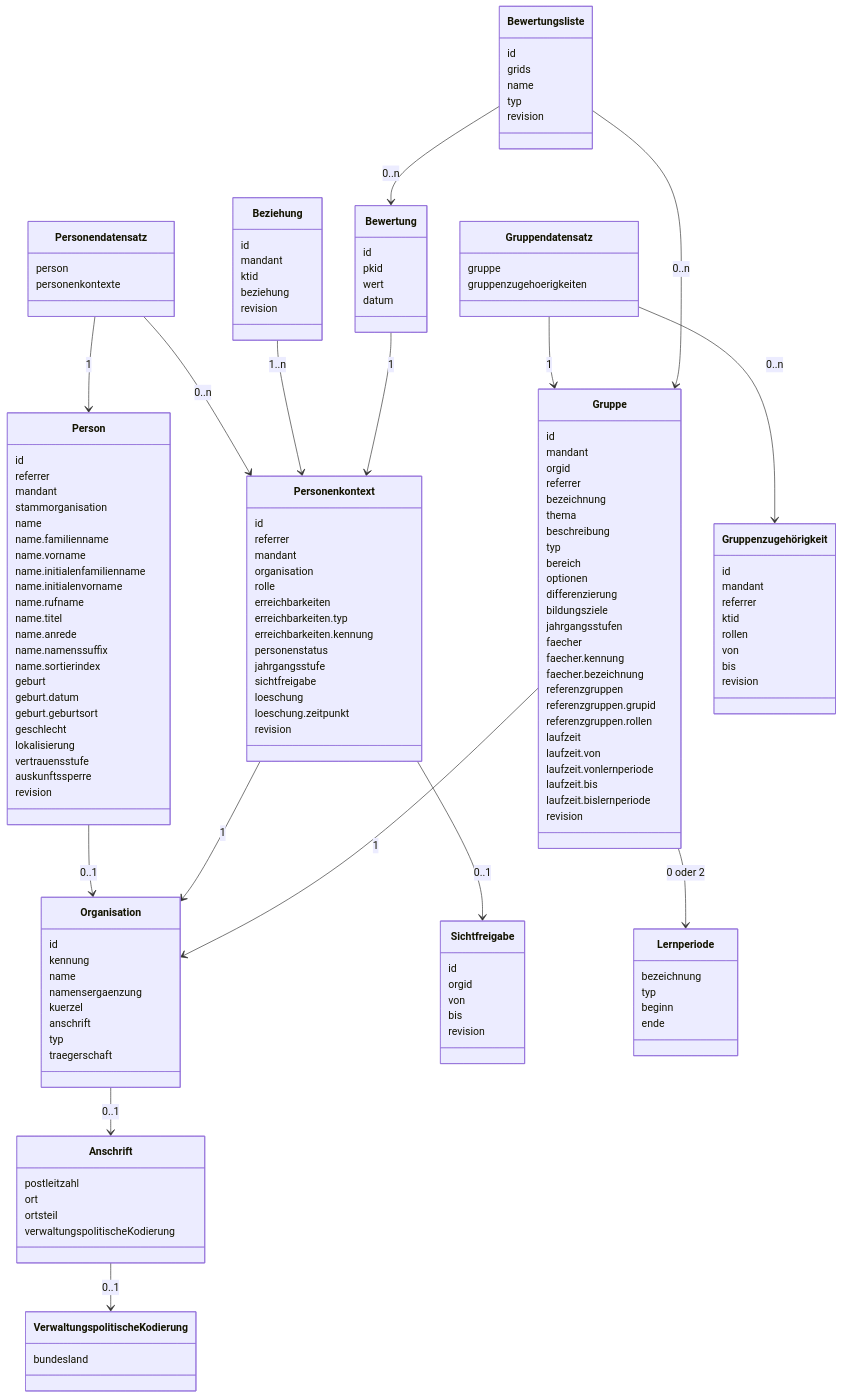
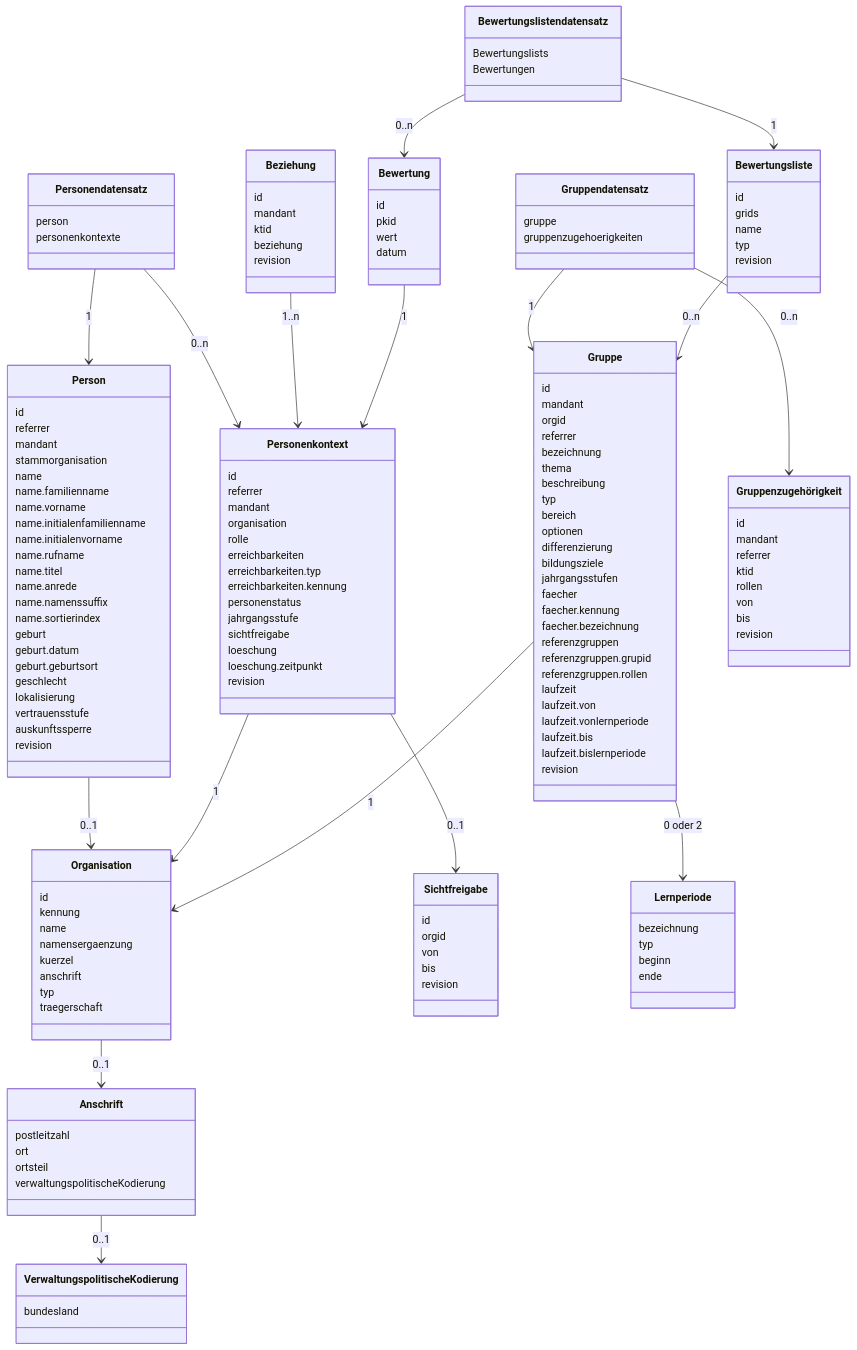
Before and after one commit to Schulconnex/Schulconnex: the diagram in docs/datenmodell-qs/datenmodell.md, drawn with Mermaid. The commit also changed 9 other files, not shown here.

```diff
--- a/docs/datenmodell-qs/datenmodell.md
+++ b/docs/datenmodell-qs/datenmodell.md
@@ -25,8 +25,9 @@
   Gruppendatensatz --> Gruppe : 1
   Gruppendatensatz --> Gruppenzugehörigkeit : 0..n
   Gruppe --> Lernperiode : 0 oder 2
+  Bewertungslistendatensatz --> Bewertungsliste : 1
+  Bewertungslistendatensatz --> Bewertung : 0..n
   Bewertungsliste --> Gruppe : 0..n
-  Bewertungsliste --> Bewertung : 0..n
   Bewertung --> Personenkontext : 1
 
   class Personendatensatz {
@@ -153,6 +154,10 @@
     bis
     revision
   }
+    class Bewertungslistendatensatz {
+    Bewertungslists
+    Bewertungen
+  }
     class Bewertungsliste {
     id
     grids
```
